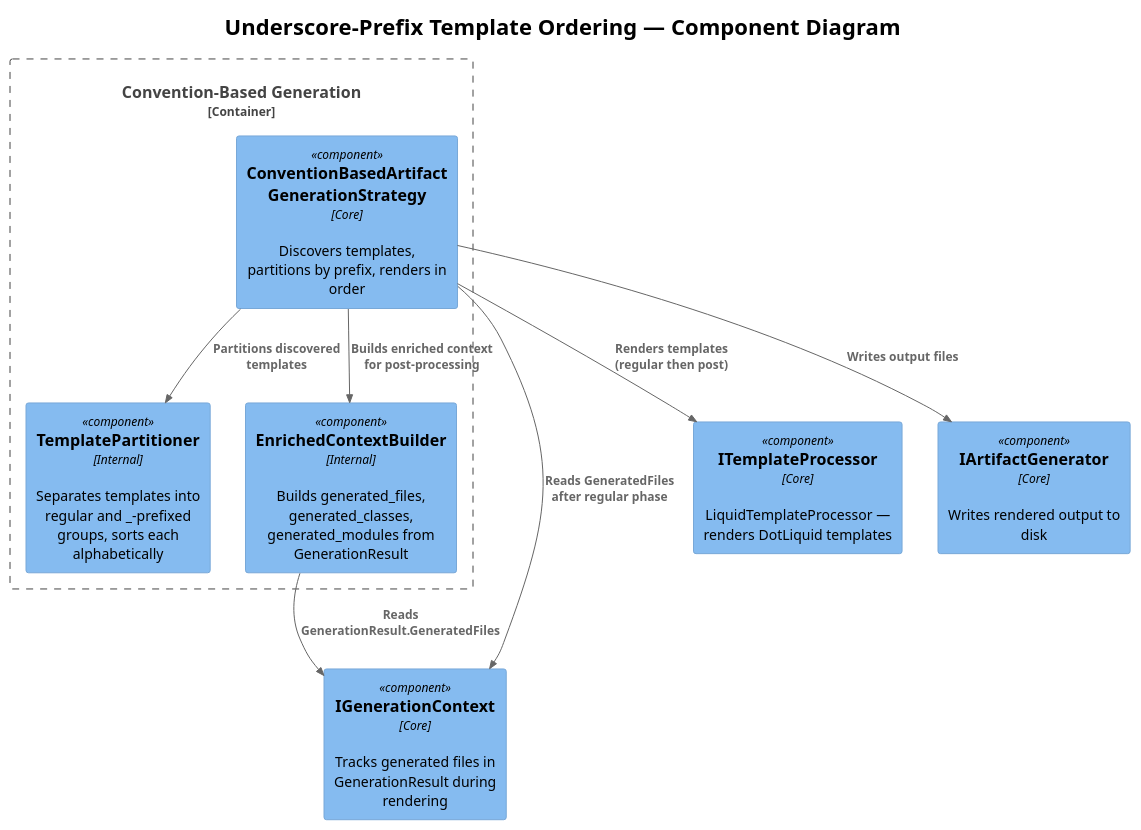
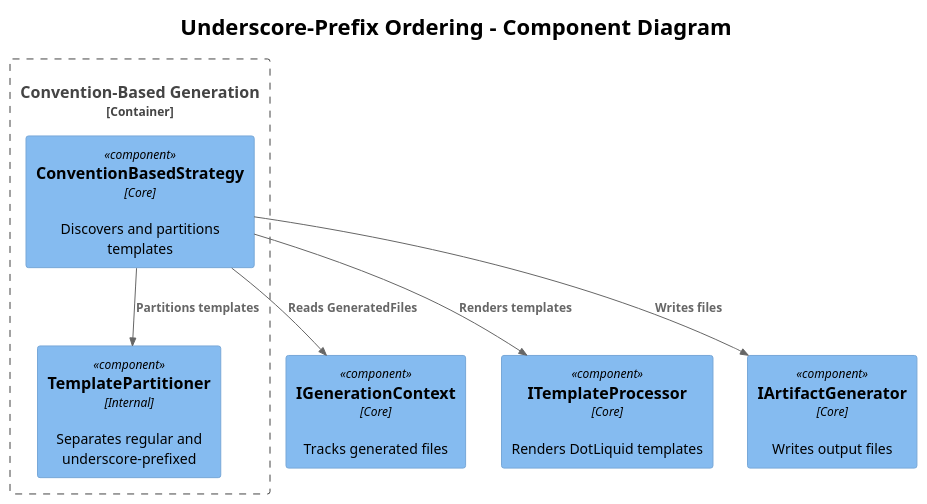
Before and after one commit to QuinntyneBrown/CodeGenerator: the diagram in docs/detailed-designs/35-underscore-prefix-ordering/diagrams/c4_component.puml, drawn with PlantUML. The commit also changed 43 other files, not shown here.

```diff
--- a/docs/detailed-designs/35-underscore-prefix-ordering/diagrams/c4_component.puml
+++ b/docs/detailed-designs/35-underscore-prefix-ordering/diagrams/c4_component.puml
@@ -1,24 +1,21 @@
 @startuml c4_component
 !theme plain
 !include <C4/C4_Component>
 
-title Underscore-Prefix Template Ordering — Component Diagram
+title Underscore-Prefix Ordering - Component Diagram
 
 Container_Boundary(convention, "Convention-Based Generation") {
-    Component(strategy, "ConventionBasedArtifact\nGenerationStrategy", "Core", "Discovers templates, partitions by prefix, renders in order")
-    Component(partitioner, "TemplatePartitioner", "Internal", "Separates templates into regular and _-prefixed groups, sorts each alphabetically")
-    Component(context_builder, "EnrichedContextBuilder", "Internal", "Builds generated_files, generated_classes, generated_modules from GenerationResult")
+    Component(strategy, "ConventionBasedStrategy", "Core", "Discovers and partitions templates")
+    Component(partitioner, "TemplatePartitioner", "Internal", "Separates regular and underscore-prefixed")
 }
 
-Component(gen_context, "IGenerationContext", "Core", "Tracks generated files in GenerationResult during rendering")
-Component(tmpl_processor, "ITemplateProcessor", "Core", "LiquidTemplateProcessor — renders DotLiquid templates")
-Component(artifact_gen, "IArtifactGenerator", "Core", "Writes rendered output to disk")
+Component(gen_context, "IGenerationContext", "Core", "Tracks generated files")
+Component(tmpl_processor, "ITemplateProcessor", "Core", "Renders DotLiquid templates")
+Component(artifact_gen, "IArtifactGenerator", "Core", "Writes output files")
 
-Rel(strategy, partitioner, "Partitions discovered templates")
-Rel(strategy, tmpl_processor, "Renders templates\n(regular then post)")
-Rel(strategy, gen_context, "Reads GeneratedFiles\nafter regular phase")
-Rel(strategy, context_builder, "Builds enriched context\nfor post-processing")
-Rel(strategy, artifact_gen, "Writes output files")
-Rel(context_builder, gen_context, "Reads GenerationResult.GeneratedFiles")
+Rel(strategy, partitioner, "Partitions templates")
+Rel(strategy, tmpl_processor, "Renders templates")
+Rel(strategy, gen_context, "Reads GeneratedFiles")
+Rel(strategy, artifact_gen, "Writes files")
 
 @enduml
```
